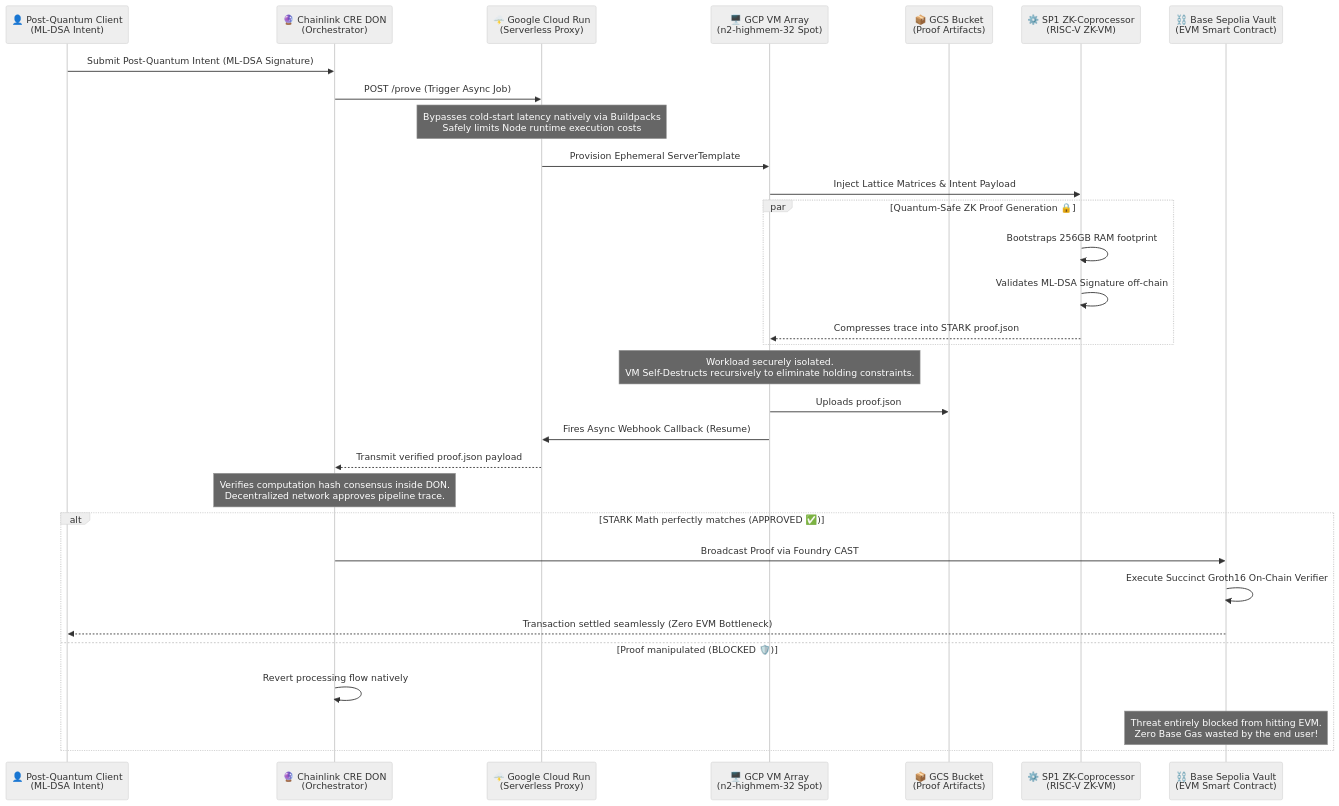
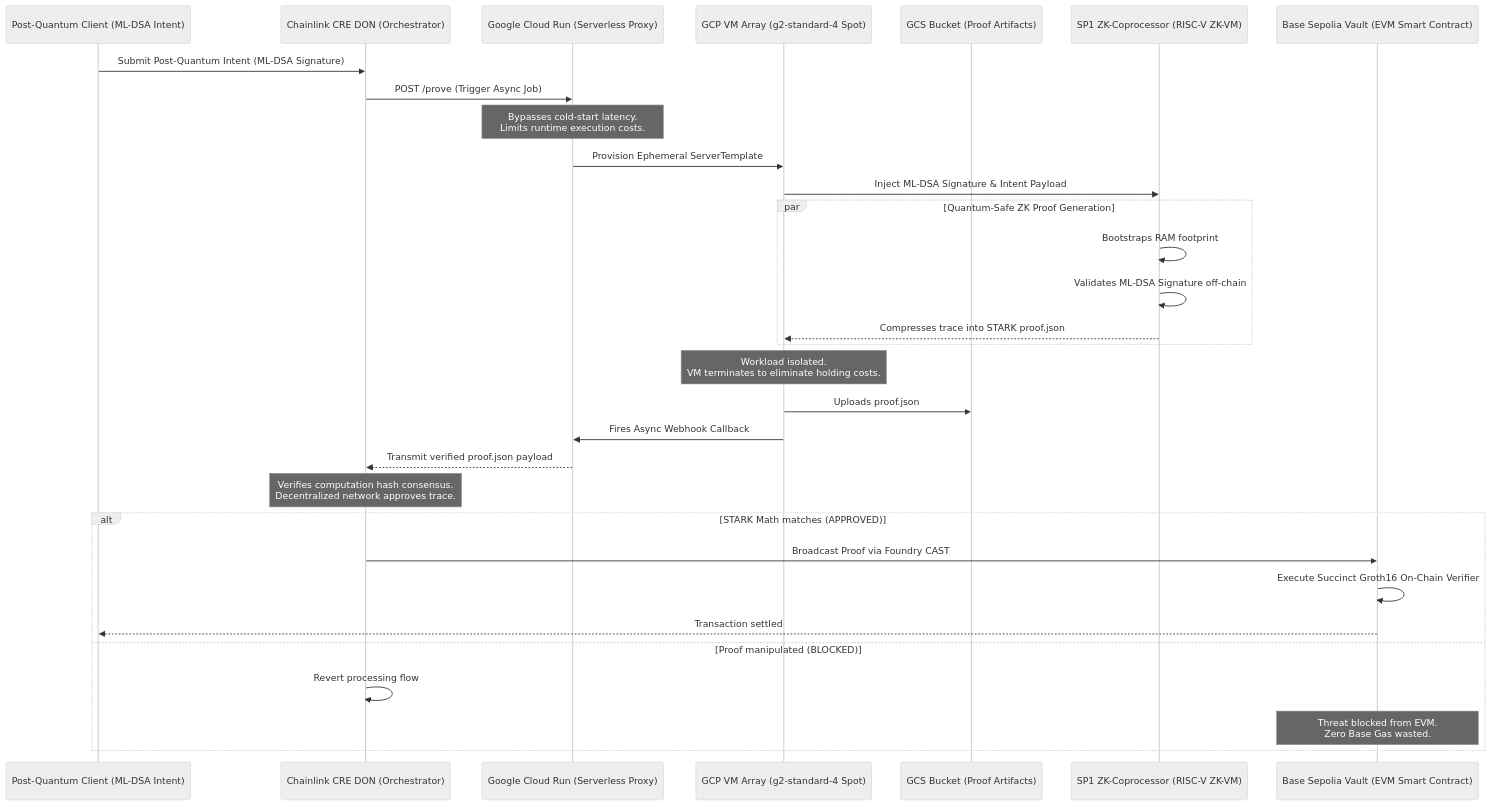
The diagram in README.md (vjb/quantum-safe-cre), drawn with Mermaid (neutral theme) before and after one commit. The commit also changed other lines of this file and 34 other files, not shown here.

````diff
--- a/README.md
+++ b/README.md
@@ -30,41 +28,41 @@
 ```mermaid
 sequenceDiagram
-    participant Client as 👤 Post-Quantum Client<br/>(ML-DSA Intent)
-    participant DON as 🔮 Chainlink CRE DON<br/>(Orchestrator)
-    participant CR as 🌩️ Google Cloud Run<br/>(Serverless Proxy)
-    participant GCP as 🖥️ GCP VM Array<br/>(n2-highmem-32 Spot)
-    participant Storage as 📦 GCS Bucket<br/>(Proof Artifacts)
-    participant SP1 as ⚙️ SP1 ZK-Coprocessor<br/>(RISC-V ZK-VM)
-    participant L2 as ⛓️ Base Sepolia Vault<br/>(EVM Smart Contract)
+    participant Client as Post-Quantum Client (ML-DSA Intent)
+    participant DON as Chainlink CRE DON (Orchestrator)
+    participant CR as Google Cloud Run (Serverless Proxy)
+    participant GCP as GCP VM Array (g2-standard-4 Spot)
+    participant Storage as GCS Bucket (Proof Artifacts)
+    participant SP1 as SP1 ZK-Coprocessor (RISC-V ZK-VM)
+    participant L2 as Base Sepolia Vault (EVM Smart Contract)
 
     Client->>DON: Submit Post-Quantum Intent (ML-DSA Signature)
     DON->>CR: POST /prove (Trigger Async Job)
     
-    Note over CR: Bypasses cold-start latency natively via Buildpacks<br/>Safely limits Node runtime execution costs
+    Note over CR: Bypasses cold-start latency.<br/>Limits runtime execution costs.
 
     CR->>GCP: Provision Ephemeral ServerTemplate
-    GCP->>SP1: Inject Lattice Matrices & Intent Payload
+    GCP->>SP1: Inject ML-DSA Signature & Intent Payload
     
-    par Quantum-Safe ZK Proof Generation 🔒
-        SP1->>SP1: Bootstraps 256GB RAM footprint
+    par Quantum-Safe ZK Proof Generation
+        SP1->>SP1: Bootstraps RAM footprint
         SP1->>SP1: Validates ML-DSA Signature off-chain
         SP1-->>GCP: Compresses trace into STARK proof.json
     end
 
-    Note over GCP: Workload securely isolated.<br/>VM Self-Destructs recursively to eliminate holding constraints.
+    Note over GCP: Workload isolated.<br/>VM terminates to eliminate holding costs.
 
     GCP->>Storage: Uploads proof.json
-    GCP->>CR: Fires Async Webhook Callback (Resume)
+    GCP->>CR: Fires Async Webhook Callback
     CR-->>DON: Transmit verified proof.json payload
 
-    Note over DON: Verifies computation hash consensus inside DON.<br/>Decentralized network approves pipeline trace.
+    Note over DON: Verifies computation hash consensus.<br/>Decentralized network approves trace.
 
-    alt STARK Math perfectly matches (APPROVED ✅)
+    alt STARK Math matches (APPROVED)
         DON->>L2: Broadcast Proof via Foundry CAST
         L2->>L2: Execute Succinct Groth16 On-Chain Verifier
-        L2-->>Client: Transaction settled seamlessly (Zero EVM Bottleneck)
-    else Proof manipulated (BLOCKED 🛡️)
-        DON->>DON: Revert processing flow natively
-        Note over L2: Threat entirely blocked from hitting EVM.<br/>Zero Base Gas wasted by the end user!
+        L2-->>Client: Transaction settled
+    else Proof manipulated (BLOCKED)
+        DON->>DON: Revert processing flow
+        Note over L2: Threat blocked from EVM.<br/>Zero Base Gas wasted.
     end
 ```
````
